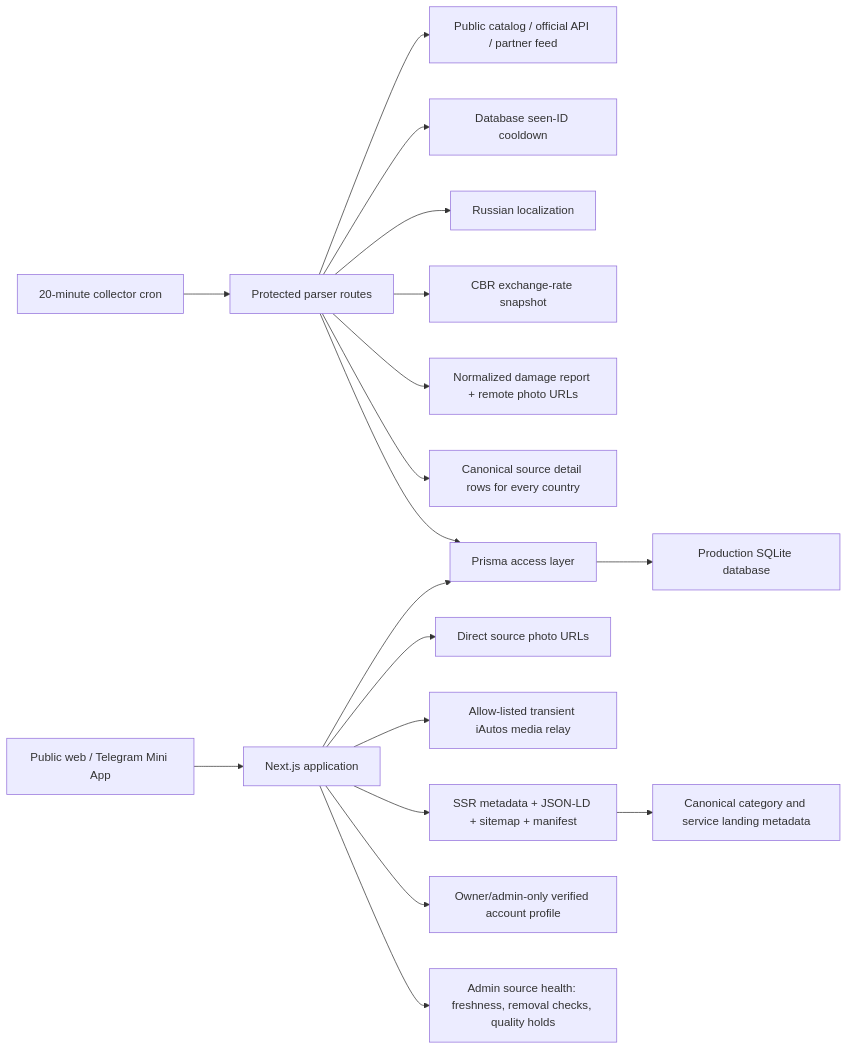
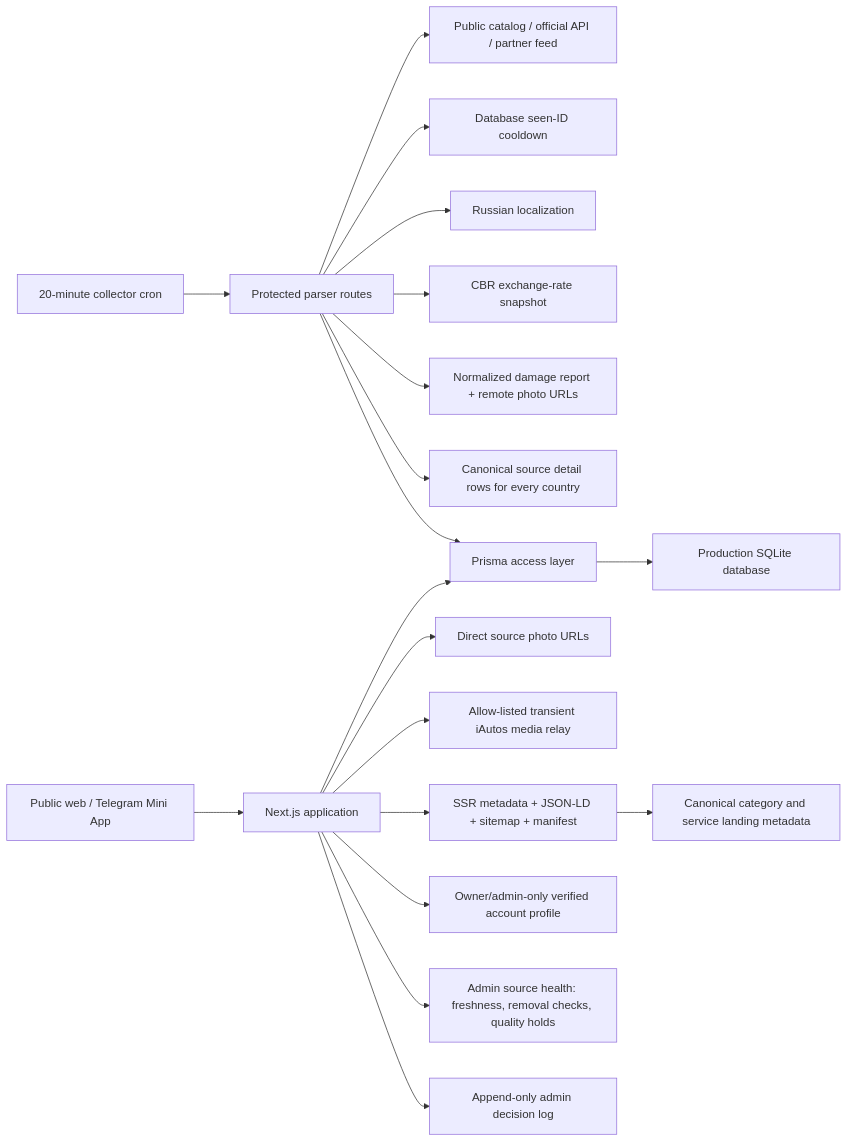
The first of 7 diagrams in docs/PROJECT_GRAPH.md (microsecret/automart), drawn with Mermaid before and after one commit. The commit also changed other lines of this file and 14 other files, not shown here.

````diff
--- a/docs/PROJECT_GRAPH.md
+++ b/docs/PROJECT_GRAPH.md
@@ -8,20 +8,21 @@
 ```mermaid
 flowchart LR
   Browser["Public web / Telegram Mini App"] --> Next["Next.js application"]
   Next --> Prisma["Prisma access layer"]
   Prisma --> SQLite["Production SQLite database"]
   Cron["20-minute collector cron"] --> Parser["Protected parser routes"]
   Parser --> Sources["Public catalog / official API / partner feed"]
   Parser --> SeenStore["Database seen-ID cooldown"]
   Parser --> Translate["Russian localization"]
   Parser --> Rates["CBR exchange-rate snapshot"]
   Parser --> Inspection["Normalized damage report + remote photo URLs"]
   Parser --> UnifiedSpecs["Canonical source detail rows for every country"]
   Parser --> Prisma
   Next --> Media["Direct source photo URLs"]
   Next --> IautosMedia["Allow-listed transient iAutos media relay"]
   Next --> SEO["SSR metadata + JSON-LD + sitemap + manifest"]
   Next --> PrivateProfile["Owner/admin-only verified account profile"]
   Next --> SourceHealth["Admin source health: freshness, removal checks, quality holds"]
+  Next --> AdminAudit["Append-only admin decision log"]
   SEO --> LandingMetadata["Canonical category and service landing metadata"]
 ```
````
